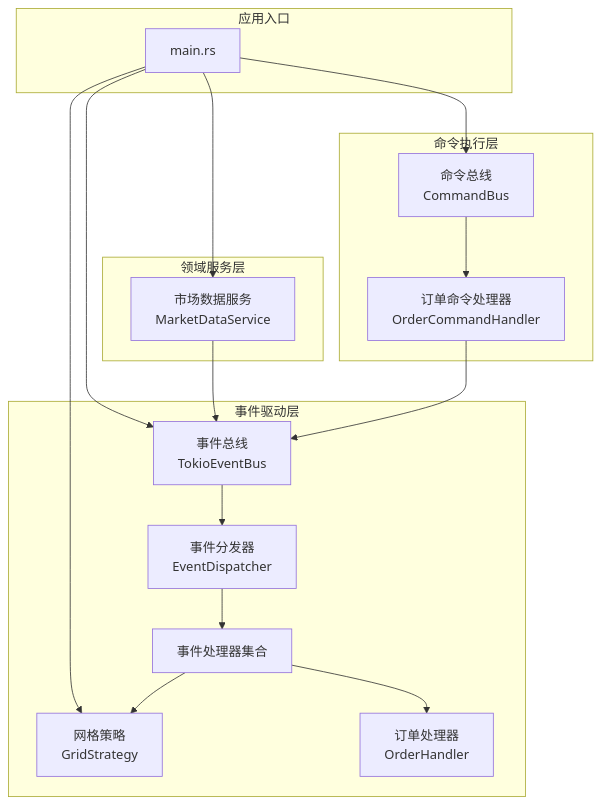
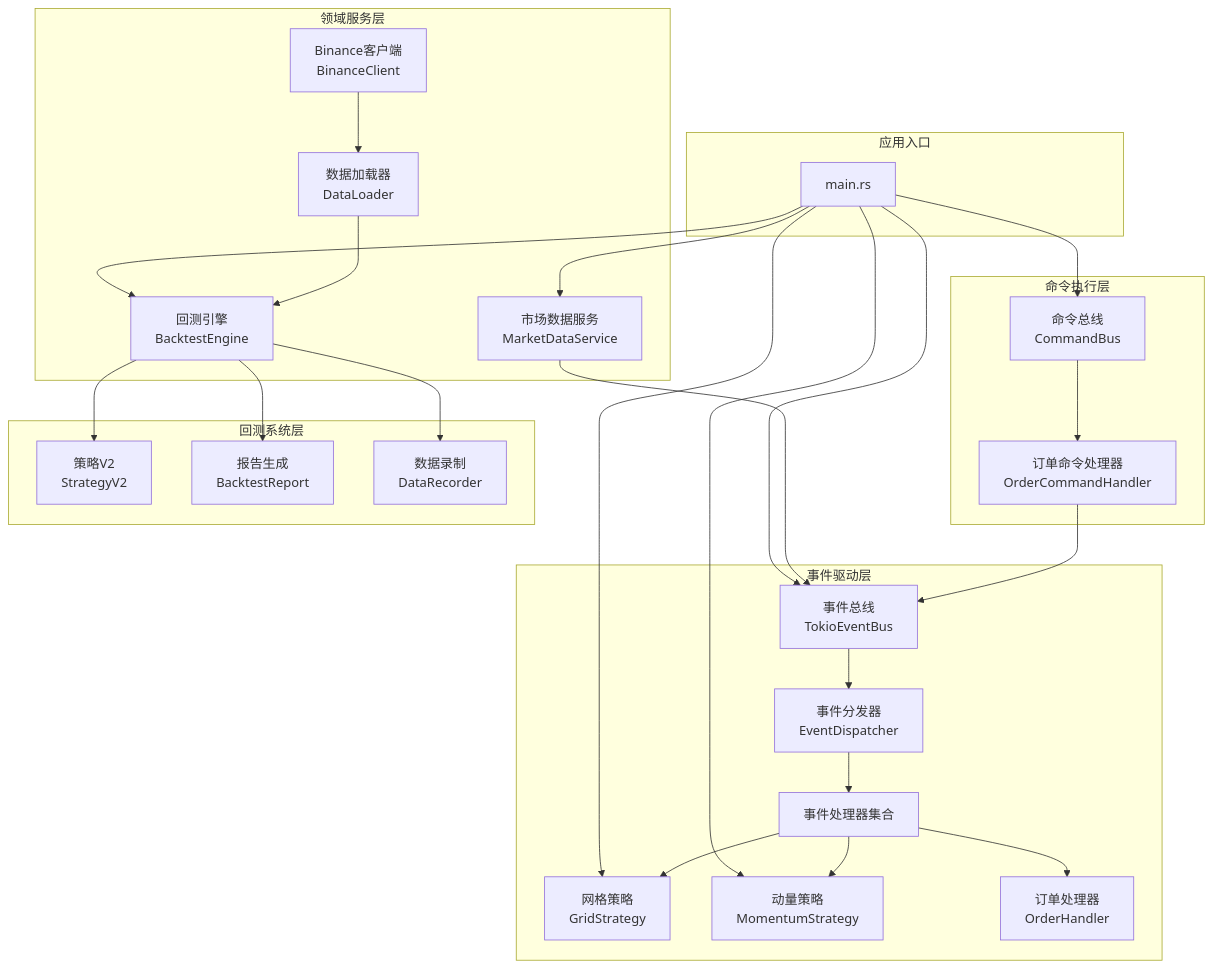
Before and after one commit to Heres1/binanceWebsocket: the second of 11 diagrams in .qoder/repowiki/zh/content/开发指南/开发指南.md, drawn with Mermaid. The commit also changed other lines of this file and 14 other files, not shown here.

````diff
--- a/.qoder/repowiki/zh/content/开发指南/开发指南.md
+++ b/.qoder/repowiki/zh/content/开发指南/开发指南.md
@@ -92,22 +121,32 @@
 ```mermaid
 graph TB
 subgraph "事件驱动层"
 EB["事件总线<br/>TokioEventBus"] --> ED["事件分发器<br/>EventDispatcher"]
 ED --> EH["事件处理器集合"]
 EH --> GS["网格策略<br/>GridStrategy"]
+EH --> MS["动量策略<br/>MomentumStrategy"]
 EH --> OH["订单处理器<br/>OrderHandler"]
 end
 subgraph "命令执行层"
 CB["命令总线<br/>CommandBus"] --> OCH["订单命令处理器<br/>OrderCommandHandler"]
 OCH --> EB
 end
 subgraph "领域服务层"
 MDS["市场数据服务<br/>MarketDataService"] --> EB
+BC["Binance客户端<br/>BinanceClient"] --> DL["数据加载器<br/>DataLoader"]
+DL --> BE["回测引擎<br/>BacktestEngine"]
+end
+subgraph "回测系统层"
+BE --> SR["策略V2<br/>StrategyV2"]
+BE --> RP["报告生成<br/>BacktestReport"]
+BE --> DR["数据录制<br/>DataRecorder"]
 end
 subgraph "应用入口"
 MAIN["main.rs"] --> EB
 MAIN --> CB
 MAIN --> MDS
 MAIN --> GS
+MAIN --> MS
+MAIN --> BE
 end
 ```
````
